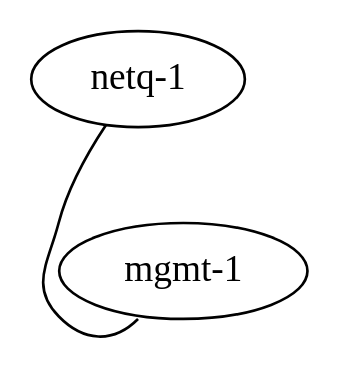
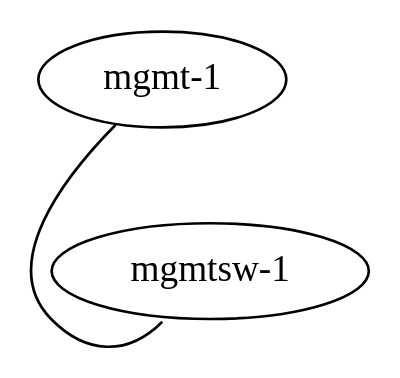
One commit to RevREB/openinfrasimulator changed the diagram in Stage1/topology_production.dot. Above: the diagram before and after it, drawn with Graphviz. The commit also changed 2 other files, not shown here.

```diff
--- a/Stage1/topology_production.dot
+++ b/Stage1/topology_production.dot
@@ -1,79 +1,79 @@
 graph vx {
- #"leaf-1" [function="leaf" vagrant="eth1" as="CumulusCommunity/cumulus-vx" version="3.4.3" memory="768" config="./helper_scripts/config_production_switch.sh" ]
- #"leaf-2" [function="leaf" vagrant="eth1" os="CumulusCommunity/cumulus-vx" version="3.4.3" memory="768" config="./helper_scripts/config_production_switch.sh" ]
- #"leaf-3" [function="leaf" vagrant="eth1" os="CumulusCommunity/cumulus-vx" version="3.4.3" memory="768" config="./helper_scripts/config_production_switch.sh" ]
- #"leaf-4" [function="leaf" vagrant="eth1" os="CumulusCommunity/cumulus-vx" version="3.4.3" memory="768" config="./helper_scripts/config_production_switch.sh" ]
- #"leaf-5" [function="leaf" vagrant="eth1" os="CumulusCommunity/cumulus-vx" version="3.4.3" memory="768" config="./helper_scripts/config_production_switch.sh" ]
- #"leaf-6" [function="leaf" vagrant="eth1" os="CumulusCommunity/cumulus-vx" version="3.4.3" memory="768" config="./helper_scripts/config_production_switch.sh" ]
- #"spine-1" [function="spine" vagrant="eth1" os="CumulusCommunity/cumulus-vx" version="3.4.3" memory="768" config="./helper_scripts/config_production_switch.sh" ]
- #"spine-2" [function="spine" vagrant="eth1" os="CumulusCommunity/cumulus-vx" version="3.4.3" memory="768" config="./helper_scripts/config_production_switch.sh" ]
- #"edge-1" [function="edge" vagrant="eth1" os="CumulusCommunity/cumulus-vx" version="3.4.3" memory="768" config="./helper_scripts/config_production_switch.sh" ]
- #"edge-2" [function="edge" vagrant="eth1" os="CumulusCommunity/cumulus-vx" version="3.4.3" memory="768" config="./helper_scripts/config_production_switch.sh" ]
- "mgmt-1" [function="mgmt" vagrant="eth1" os="CumulusCommunity/cumulus-vx" version="3.4.3" memory="768" config="./helper_scripts/config_mgmt_production_switch.sh" ]
- "netq-1" [function="netq" vagrant="eth1" os="debian/jessie64" memory="1024" ]#config="./helper_scripts/config_mgmt_production_server.sh" ]
+ #"leafsw-1" [function="leaf" vagrant="eth1" as="CumulusCommunity/cumulus-vx" version="3.4.3" memory="768" config="./helper_scripts/config_production_switch.sh" ]
+ #"leafsw-2" [function="leaf" vagrant="eth1" os="CumulusCommunity/cumulus-vx" version="3.4.3" memory="768" config="./helper_scripts/config_production_switch.sh" ]
+ #"leafsw-3" [function="leaf" vagrant="eth1" os="CumulusCommunity/cumulus-vx" version="3.4.3" memory="768" config="./helper_scripts/config_production_switch.sh" ]
+ #"leafsw-4" [function="leaf" vagrant="eth1" os="CumulusCommunity/cumulus-vx" version="3.4.3" memory="768" config="./helper_scripts/config_production_switch.sh" ]
+ #"leafsw-5" [function="leaf" vagrant="eth1" os="CumulusCommunity/cumulus-vx" version="3.4.3" memory="768" config="./helper_scripts/config_production_switch.sh" ]
+ #"leafsw-6" [function="leaf" vagrant="eth1" os="CumulusCommunity/cumulus-vx" version="3.4.3" memory="768" config="./helper_scripts/config_production_switch.sh" ]
+ #"spinesw-1" [function="spine" vagrant="eth1" os="CumulusCommunity/cumulus-vx" version="3.4.3" memory="768" config="./helper_scripts/config_production_switch.sh" ]
+ #"spinesw-2" [function="spine" vagrant="eth1" os="CumulusCommunity/cumulus-vx" version="3.4.3" memory="768" config="./helper_scripts/config_production_switch.sh" ]
+ #"edgesw-1" [function="edge" vagrant="eth1" os="CumulusCommunity/cumulus-vx" version="3.4.3" memory="768" config="./helper_scripts/config_production_switch.sh" ]
+ #"edgesw-2" [function="edge" vagrant="eth1" os="CumulusCommunity/cumulus-vx" version="3.4.3" memory="768" config="./helper_scripts/config_production_switch.sh" ]
+ "mgmtsw-1" [function="mgmt" vagrant="eth1" os="CumulusCommunity/cumulus-vx" version="3.4.3" memory="768" config="./helper_scripts/config_switch.sh" ]
+ "mgmt-1" [function="netq" vagrant="eth1" os="debian/jessie64" memory="1024" config="./helper_scripts/config_server.sh" ]
  #"server-1" [function="host" vagrant="eth3" os="CumulusCommunity/cumulus-vx" version="3.4.3" memory="768" config="./helper_scripts/config_production_server.sh" ]
  #"server-2" [function="host" vagrant="eth3" os="CumulusCommunity/cumulus-vx" version="3.4.3" memory="768" config="./helper_scripts/config_production_server.sh" ]
  #"server-3" [function="host" vagrant="eth3" os="CumulusCommunity/cumulus-vx" version="3.4.3" memory="768" config="./helper_scripts/config_production_server.sh" ]
  #"server-4" [function="host" vagrant="eth3" os="CumulusCommunity/cumulus-vx" version="3.4.3" memory="768" config="./helper_scripts/config_production_server.sh" ]
  #"server-5" [function="host" vagrant="eth3" os="CumulusCommunity/cumulus-vx" version="3.4.3" memory="768" config="./helper_scripts/config_production_server.sh" ]
  #"server-6" [function="host" vagrant="eth3" os="CumulusCommunity/cumulus-vx" version="3.4.3" memory="768" config="./helper_scripts/config_production_server.sh" ]
 
  #"leaf-1":"swp51" -- "spine-1":"swp1"
  #"leaf-2":"swp51" -- "spine-1":"swp2"
  #"leaf-3":"swp51" -- "spine-1":"swp3"
  #"leaf-4":"swp51" -- "spine-1":"swp4"
  #"leaf-5":"swp51" -- "spine-1":"swp5"
  #"leaf-6":"swp51" -- "spine-1":"swp6"
  #"leaf-1":"swp52" -- "spine-2":"swp1"
  #"leaf-2":"swp52" -- "spine-2":"swp2"
  #"leaf-3":"swp52" -- "spine-2":"swp3"
  #"leaf-4":"swp52" -- "spine-2":"swp4"
  #"leaf-5":"swp52" -- "spine-2":"swp5"
  #"leaf-6":"swp52" -- "spine-2":"swp6"
 
  #"leaf-1":"swp53" -- "leaf-2":"swp53"
  #"leaf-1":"swp54" -- "leaf-2":"swp54"
  #"leaf-3":"swp53" -- "leaf-4":"swp53"
  #"leaf-3":"swp54" -- "leaf-4":"swp54"
  #"leaf-5":"swp53" -- "leaf-6":"swp53"
  #"leaf-5":"swp54" -- "leaf-6":"swp54"
 
  #"edge-1":"swp53" -- "edge-2":"swp53"
  #"edge-1":"swp54" -- "edge-2":"swp54"
 
  #"edge-1":"swp51" -- "spine-1":"swp51"
  #"edge-1":"swp52" -- "spine-2":"swp51"
  #"edge-2":"swp51" -- "spine-1":"swp52"
  #"edge-2":"swp52" -- "spine-2":"swp52"
 
  #"server-1":"eth1" -- "leaf-1":"swp1" [left_mac="00:03:00:11:11:01"]
  #"server-1":"eth2" -- "leaf-2":"swp1" [left_mac="00:03:00:11:11:02"]
  #"server-2":"eth1" -- "leaf-1":"swp2" [left_mac="00:03:00:22:22:01"]
  #"server-2":"eth2" -- "leaf-2":"swp2" [left_mac="00:03:00:22:22:02"]
  #"server-3":"eth1" -- "leaf-3":"swp1" [left_mac="00:03:00:33:33:01"]
  #"server-3":"eth2" -- "leaf-4":"swp1" [left_mac="00:03:00:33:33:02"]
  #"server-4":"eth1" -- "leaf-3":"swp2" [left_mac="00:03:00:44:44:01"]
  #"server-4":"eth2" -- "leaf-4":"swp2" [left_mac="00:03:00:44:44:02"]
  #"server-5":"eth1" -- "leaf-5":"swp1" [left_mac="00:03:00:55:55:01"]
  #"server-5":"eth2" -- "leaf-6":"swp1" [left_mac="00:03:00:55:55:02"]
  #"server-6":"eth1" -- "leaf-5":"swp2" [left_mac="00:03:00:66:66:01"]
  #"server-6":"eth2" -- "leaf-6":"swp2" [left_mac="00:03:00:66:66:02"]
 
  #"leaf-1":"eth0" -- "mgmt-1":"swp1" [left_mac="a0:00:00:00:00:11"]
  #"leaf-2":"eth0" -- "mgmt-1":"swp2" [left_mac="a0:00:00:00:00:12"]
  #"leaf-3":"eth0" -- "mgmt-1":"swp3" [left_mac="a0:00:00:00:00:13"]
  #"leaf-4":"eth0" -- "mgmt-1":"swp4" [left_mac="a0:00:00:00:00:14"]
  #"leaf-5":"eth0" -- "mgmt-1":"swp5" [left_mac="a0:00:00:00:00:15"]
  #"leaf-6":"eth0" -- "mgmt-1":"swp6" [left_mac="a0:00:00:00:00:16"]
  #"spine-1":"eth0" -- "mgmt-1":"swp7" [left_mac="a0:00:00:00:00:21"]
  #"spine-2":"eth0" -- "mgmt-1":"swp8" [left_mac="a0:00:00:00:00:22"]
  #"edge-1":"eth0" -- "mgmt-1":"swp9" [left_mac="a0:00:00:00:00:41"]
  #"edge-2":"eth0" -- "mgmt-1":"swp10" [left_mac="a0:00:00:00:00:42"]
- "netq-1":"eth0" -- "mgmt-1":"swp11" [right_mac="a0:00:00:00:00:61"]
+ "mgmt-1":"eth0" -- "mgmtsw-1":"swp11" [right_mac="a0:00:00:00:00:61"]
  #"server-1":"eth0" -- "mgmt-1":"swp12" [left_mac="a0:00:00:00:00:31"]
  #"server-2":"eth0" -- "mgmt-1":"swp13" [left_mac="a0:00:00:00:00:32"]
  #"server-3":"eth0" -- "mgmt-1":"swp14" [left_mac="a0:00:00:00:00:33"]
  #"server-4":"eth0" -- "mgmt-1":"swp15" [left_mac="a0:00:00:00:00:34"]
  #"server-5":"eth0" -- "mgmt-1":"swp16" [left_mac="a0:00:00:00:00:35"]
  #"server-6":"eth0" -- "mgmt-1":"swp17" [left_mac="a0:00:00:00:00:36"]
 }
```
